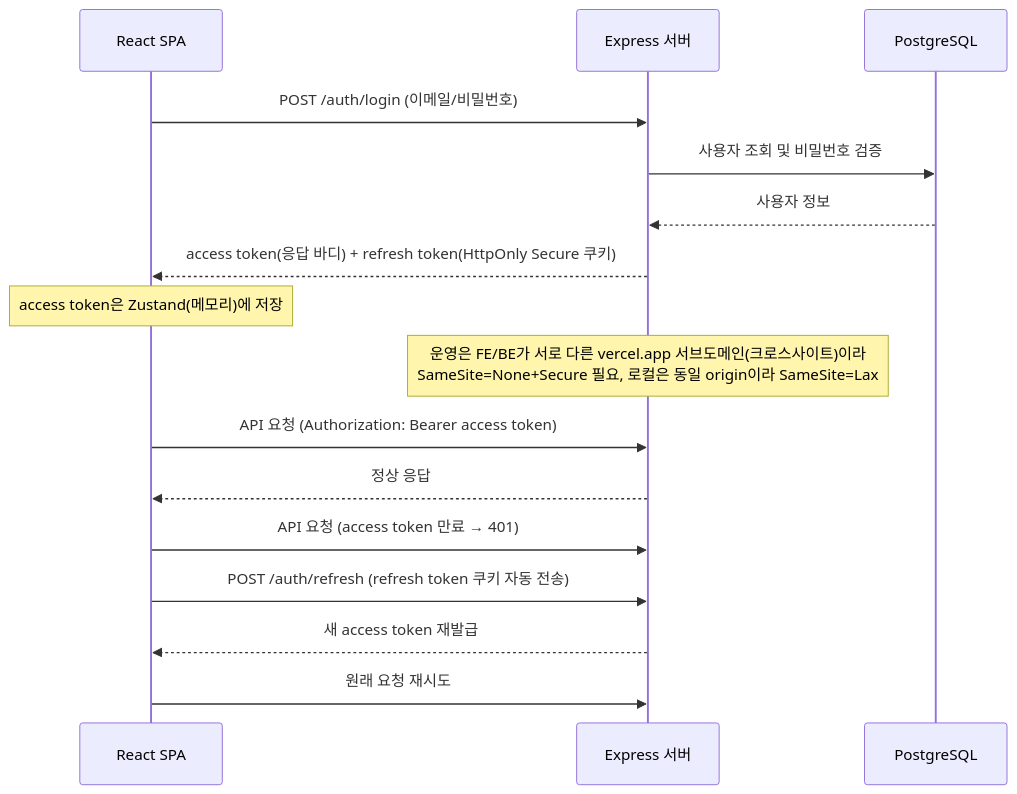
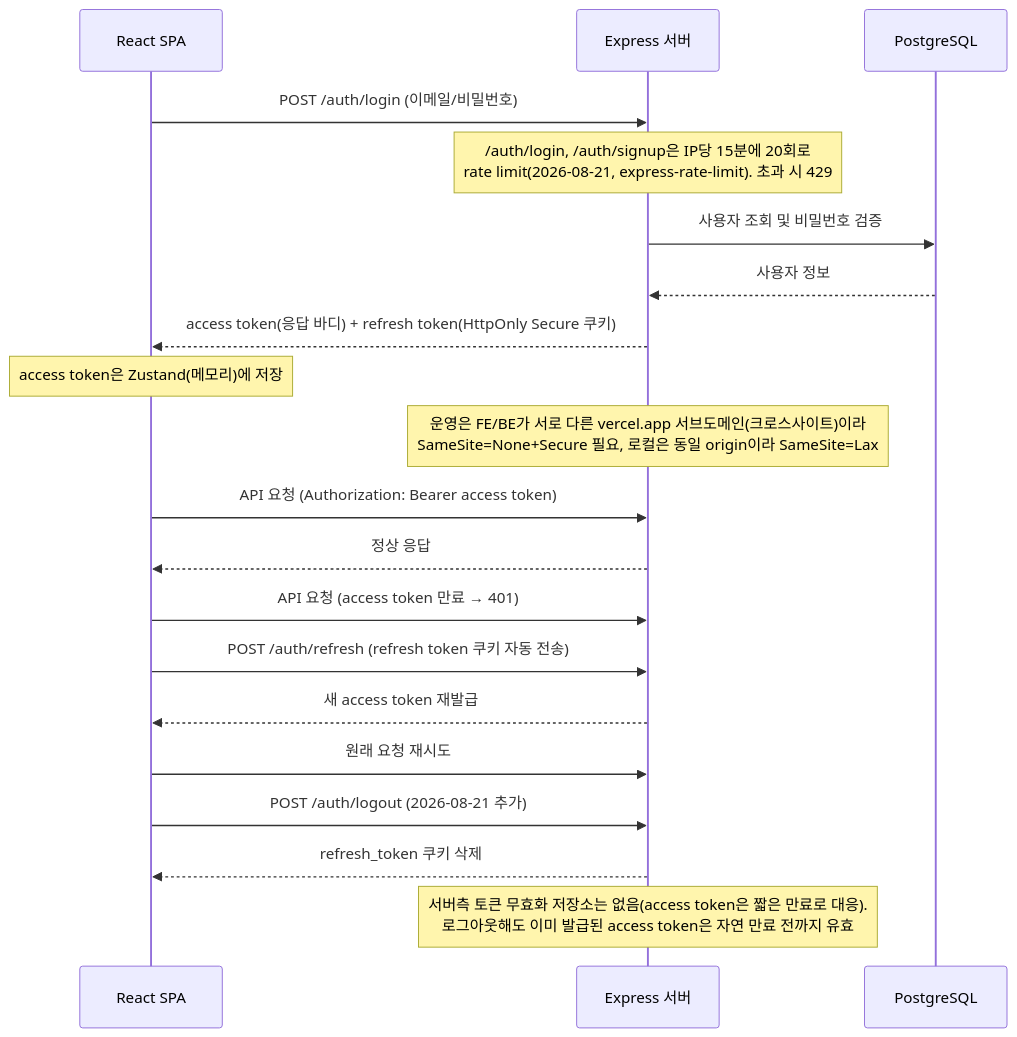
The second of 3 diagrams in docs/6-arch-diagram.md (spongood99-spec/b2b-promo), drawn with Mermaid before and after one commit. The commit also changed other lines of this file and 4 other files, not shown here.

First line of the commit message:
Sync docs with shipping-inspection hardening (rate limit, logout, validation)

````diff
--- a/docs/6-arch-diagram.md
+++ b/docs/6-arch-diagram.md
@@ -30,21 +30,26 @@
 ```mermaid
 sequenceDiagram
     participant C as React SPA
     participant S as Express 서버
     participant DB as PostgreSQL
 
     C->>S: POST /auth/login (이메일/비밀번호)
+    Note over S: /auth/login, /auth/signup은 IP당 15분에 20회로<br/>rate limit(2026-08-21, express-rate-limit). 초과 시 429
     S->>DB: 사용자 조회 및 비밀번호 검증
     DB-->>S: 사용자 정보
     S-->>C: access token(응답 바디) + refresh token(HttpOnly Secure 쿠키)
     Note over C: access token은 Zustand(메모리)에 저장
     Note over S: 운영은 FE/BE가 서로 다른 vercel.app 서브도메인(크로스사이트)이라<br/>SameSite=None+Secure 필요, 로컬은 동일 origin이라 SameSite=Lax
 
     C->>S: API 요청 (Authorization: Bearer access token)
     S-->>C: 정상 응답
 
     C->>S: API 요청 (access token 만료 → 401)
     C->>S: POST /auth/refresh (refresh token 쿠키 자동 전송)
     S-->>C: 새 access token 재발급
     C->>S: 원래 요청 재시도
+
+    C->>S: POST /auth/logout (2026-08-21 추가)
+    S-->>C: refresh_token 쿠키 삭제
+    Note over S: 서버측 토큰 무효화 저장소는 없음(access token은 짧은 만료로 대응).<br/>로그아웃해도 이미 발급된 access token은 자연 만료 전까지 유효
 ```
````
